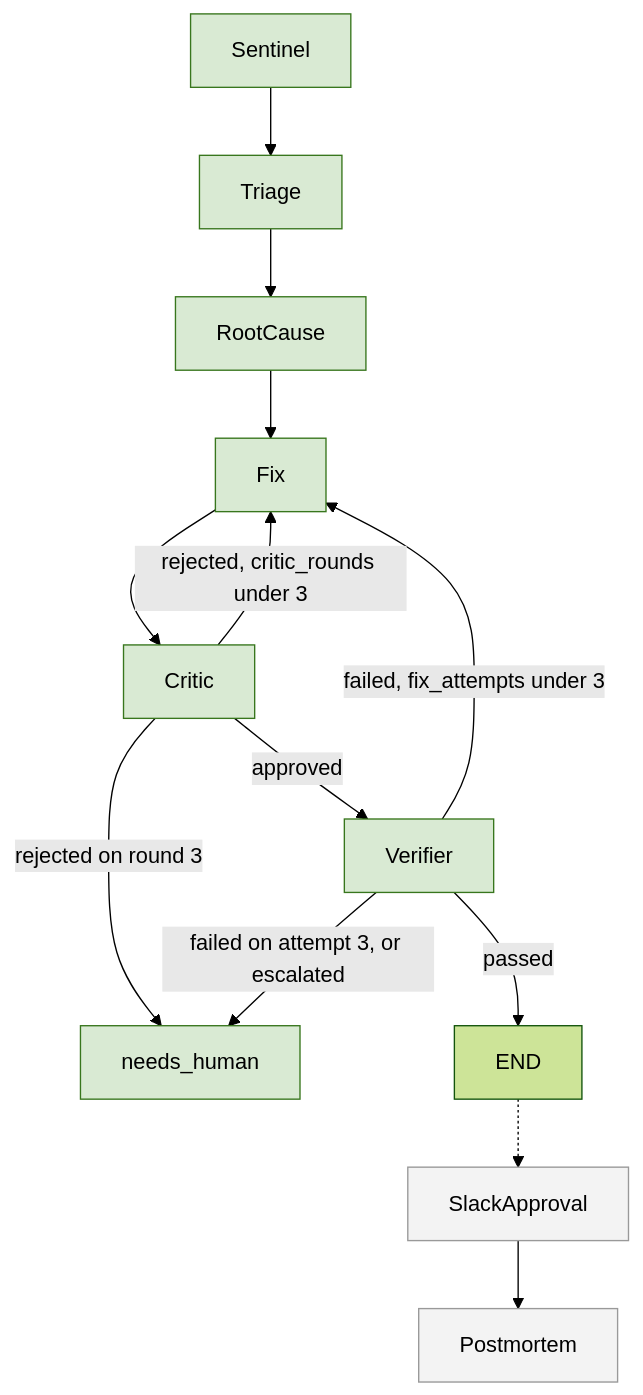
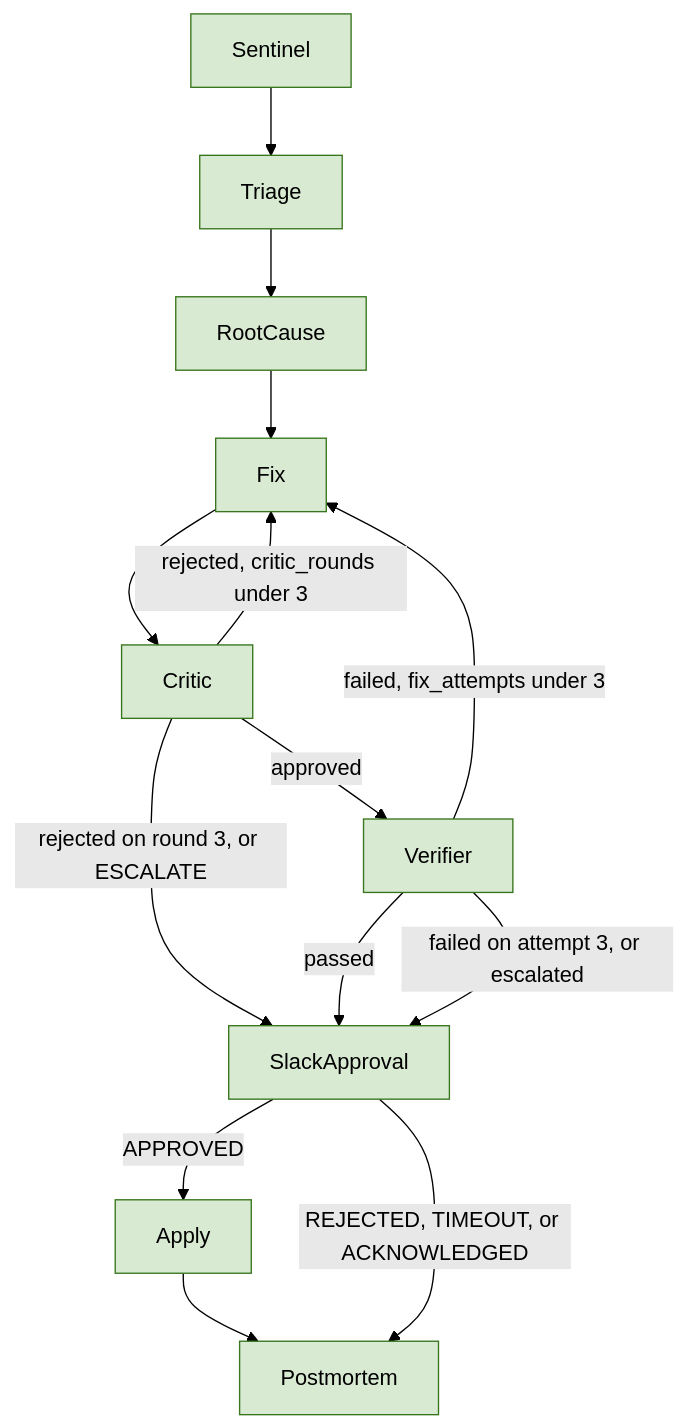
Before and after one commit to hamidmatiny/MERIDIAN: the diagram in README.md, drawn with Mermaid (forest theme). The commit also changed other lines of this file and 47 other files, not shown here.

````diff
--- a/README.md
+++ b/README.md
@@ -11,26 +11,26 @@
 ```mermaid
 flowchart TD
   sentinel[Sentinel]
   triage[Triage]
   rootCause[RootCause]
   fix[Fix]
   critic[Critic]
   verifier[Verifier]
-  human[needs_human]
   slack[SlackApproval]
+  applyNode[Apply]
   postmortem[Postmortem]
 
   sentinel --> triage --> rootCause --> fix --> critic
   critic -->|"approved"| verifier
   critic -->|"rejected, critic_rounds under 3"| fix
-  critic -->|"rejected on round 3"| human
-  verifier -->|"passed"| done[END]
+  critic -->|"rejected on round 3, or ESCALATE"| slack
+  verifier -->|"passed"| slack
   verifier -->|"failed, fix_attempts under 3"| fix
-  verifier -->|"failed on attempt 3, or escalated"| human
-  done -.-> slack --> postmortem
+  verifier -->|"failed on attempt 3, or escalated"| slack
+  slack -->|"APPROVED"| applyNode --> postmortem
+  slack -->|"REJECTED, TIMEOUT, or ACKNOWLEDGED"| postmortem
 
   classDef built fill:#d9ead3,stroke:#38761d
   classDef planned fill:#f3f3f3,stroke:#999
-  class sentinel,triage,rootCause,fix,critic,verifier,human built
-  class slack,postmortem planned
+  class sentinel,triage,rootCause,fix,critic,verifier,slack,applyNode,postmortem built
 ```
````
